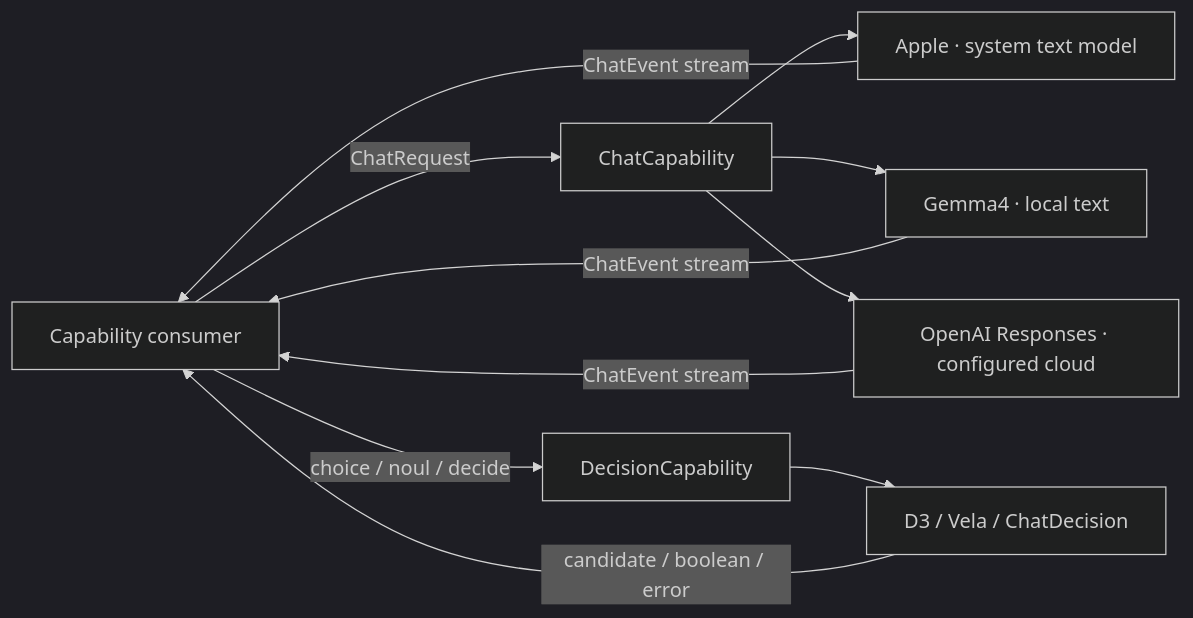
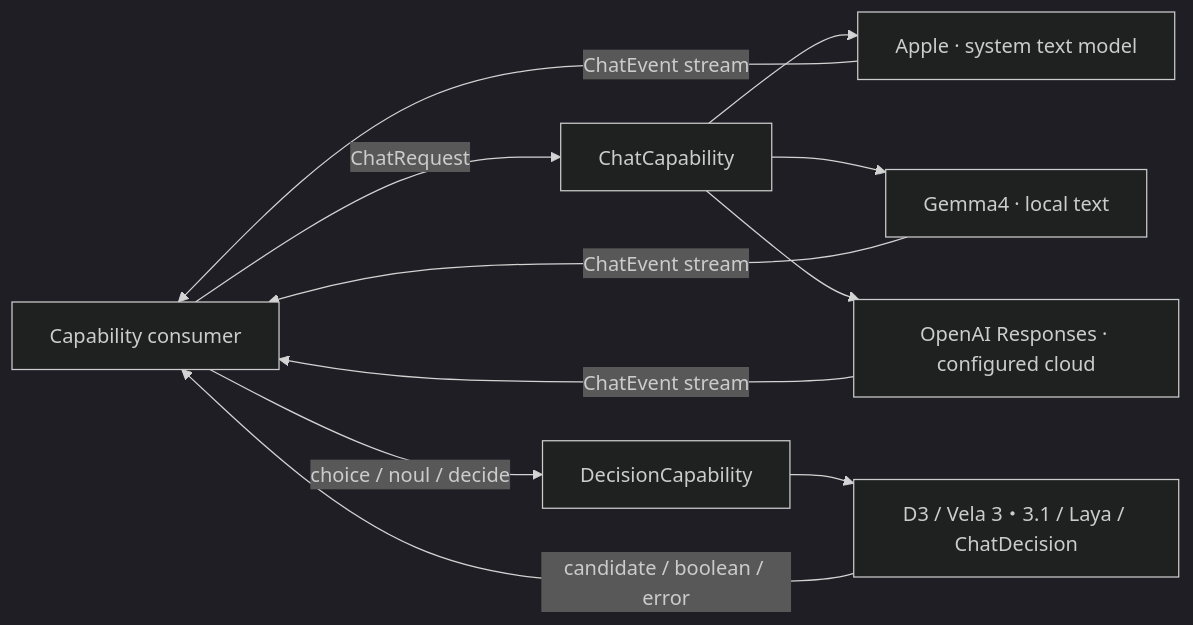
The diagram in MobileHarness/ModelKit/Language/README.md (devilyouwei/MobileHarness), drawn with Mermaid (dark theme) before and after one commit. The commit also changed other lines of this file and 123 other files, not shown here.

````diff
--- a/MobileHarness/ModelKit/Language/README.md
+++ b/MobileHarness/ModelKit/Language/README.md
@@ -9,13 +9,13 @@
 ```mermaid
 flowchart LR
     Caller["Capability consumer"] -->|ChatRequest| Chat["ChatCapability"]
     Chat --> Apple["Apple · system text model"]
     Apple -->|ChatEvent stream| Caller
     Chat --> Gemma["Gemma4 · local text"]
     Chat --> Cloud["OpenAI Responses · configured cloud"]
     Gemma -->|ChatEvent stream| Caller
     Cloud -->|ChatEvent stream| Caller
     Caller -->|"choice / noul / decide"| Decision["DecisionCapability"]
-    Decision --> D3["D3 / Vela / ChatDecision"]
+    Decision --> D3["D3 / Vela 3・3.1 / Laya / ChatDecision"]
     D3 -->|candidate / boolean / error| Caller
 ```
````
